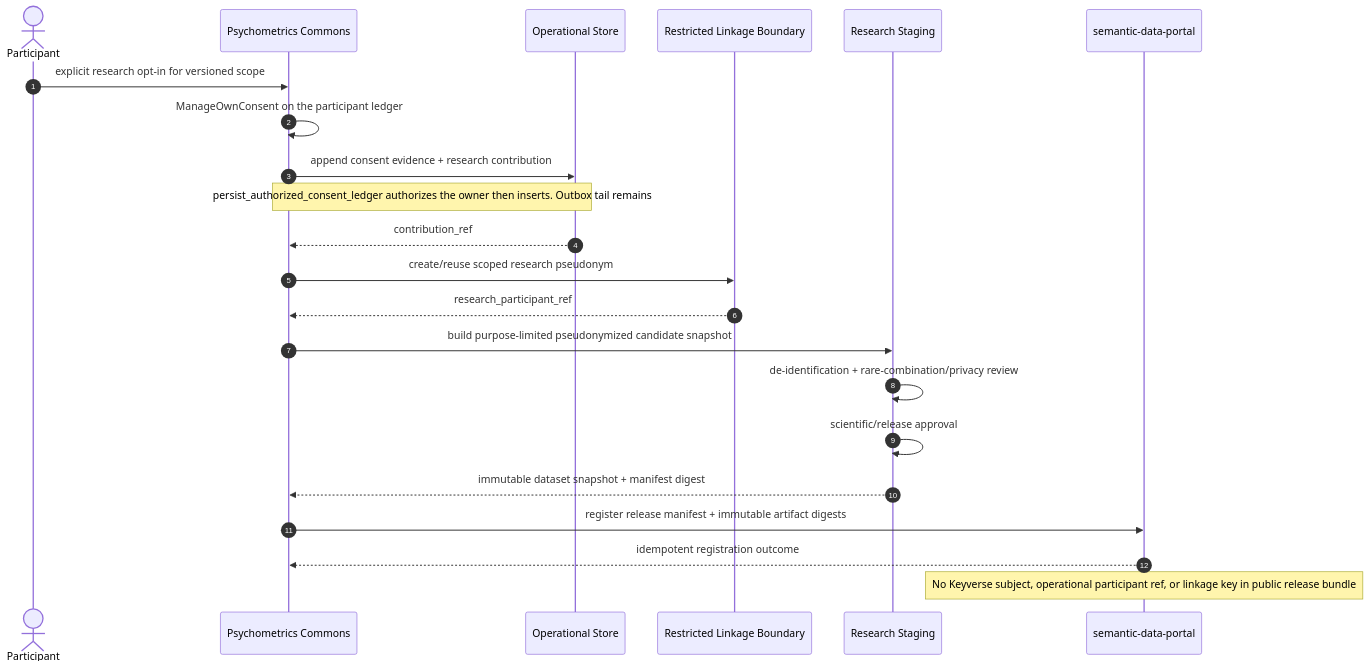
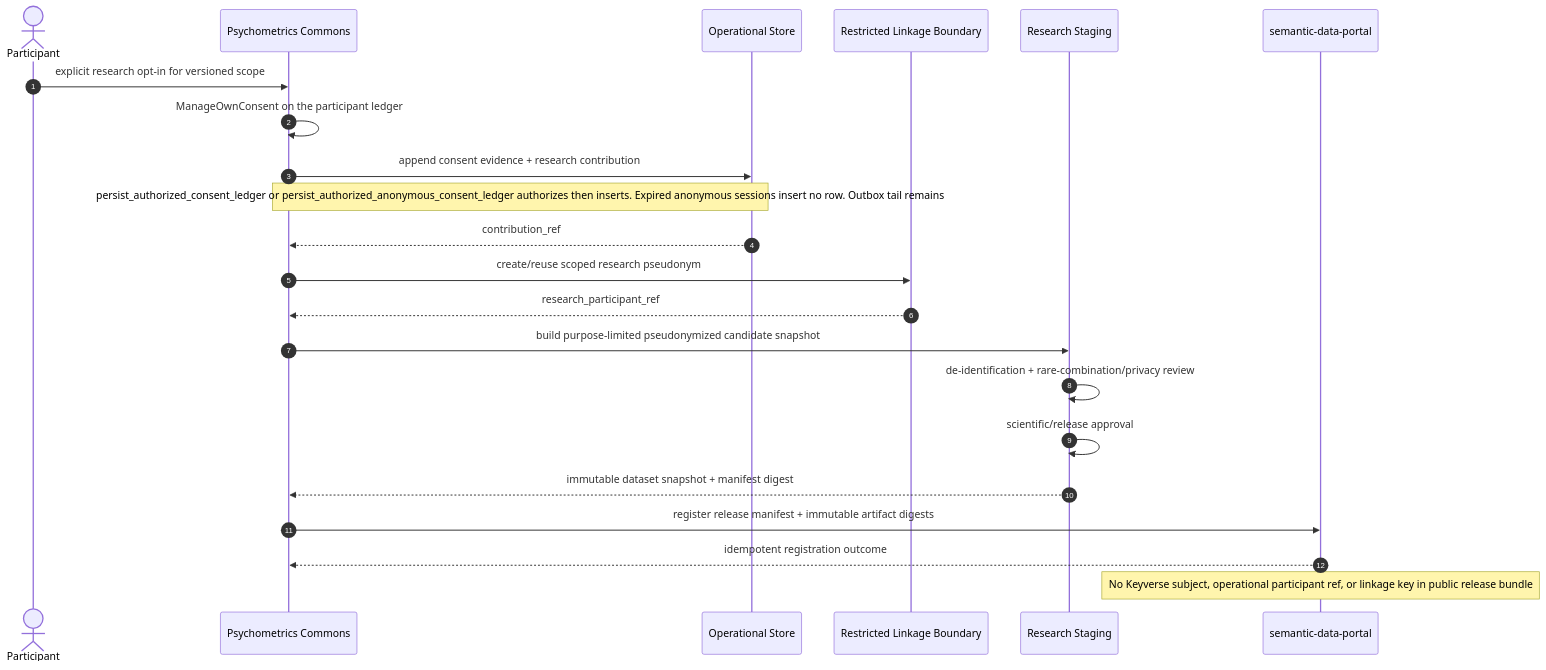
One commit to ContextualWisdomLab/psychometrics-commons changed diagram 11 of 12 in docs/architecture/UML.md. Above: the diagram before and after it, drawn with Mermaid. The commit also changed 7 other files, not shown here.

First line of the commit message:
feat(consent): persist anonymous session consent after expiry checks

````diff
--- a/docs/architecture/UML.md
+++ b/docs/architecture/UML.md
@@ -443,28 +443,28 @@
 ```mermaid
 sequenceDiagram
     autonumber
     actor P as Participant
     participant A as Psychometrics Commons
     participant DB as Operational Store
     participant L as Restricted Linkage Boundary
     participant R as Research Staging
     participant S as semantic-data-portal
 
     P->>A: explicit research opt-in for versioned scope
     A->>A: ManageOwnConsent on the participant ledger
     A->>DB: append consent evidence + research contribution
-    Note over A,DB: persist_authorized_consent_ledger authorizes the owner then inserts. Outbox tail remains #142. HTTP POST /v1/consents remains Target.
+    Note over A,DB: persist_authorized_consent_ledger or persist_authorized_anonymous_consent_ledger authorizes then inserts. Expired anonymous sessions insert no row. Outbox tail remains #142. HTTP POST /v1/consents remains Target.
     DB-->>A: contribution_ref
     A->>L: create/reuse scoped research pseudonym
     L-->>A: research_participant_ref
 
     A->>R: build purpose-limited pseudonymized candidate snapshot
     R->>R: de-identification + rare-combination/privacy review
     R->>R: scientific/release approval
     R-->>A: immutable dataset snapshot + manifest digest
 
     A->>S: register release manifest + immutable artifact digests
     S-->>A: idempotent registration outcome
 
     Note over S: No Keyverse subject, operational participant ref, or linkage key in public release bundle
 ```
````
